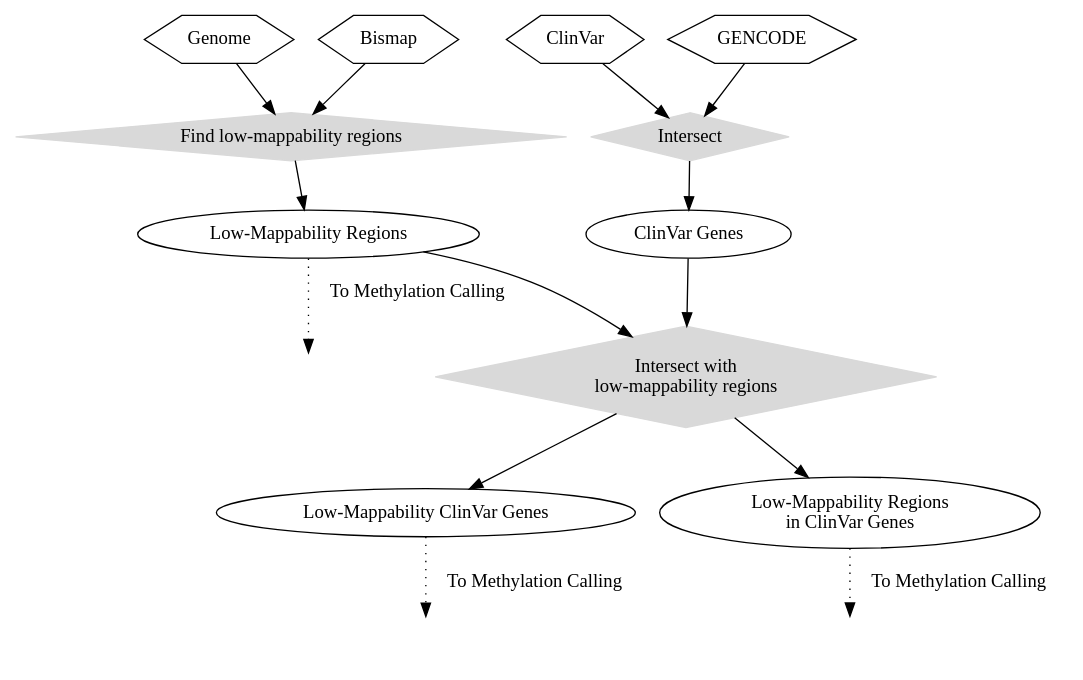
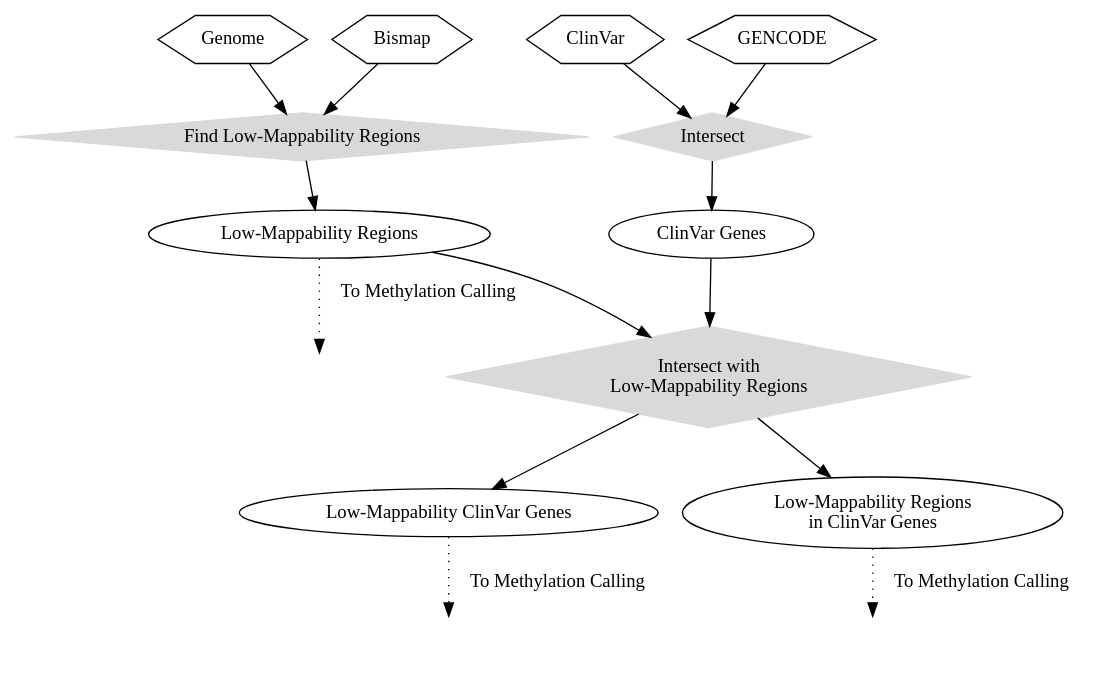
One commit to nebiolabs/low_bismap_methyl_calls changed the diagram in procfig_1.dot. Above: the diagram before and after it, drawn with Graphviz. The commit also changed 1 other file, not shown here.

Commit message:
Updated node label case.

```diff
--- a/procfig_1.dot
+++ b/procfig_1.dot
@@ -1,52 +1,52 @@
 digraph workflow {
 
 
 	"Genome" [shape=hexagon];
 
 	"ClinVar" [shape=hexagon];
 
 	"GENCODE" [shape=hexagon];
 
 	"Bismap" [shape=hexagon];
 
 	"Intersect_1" [shape=diamond,  color=gray85, style=filled, label="Intersect"];
 
 	"ClinVar" -> "Intersect_1";
 
 	"GENCODE" -> "Intersect_1";
 
 	"Intersect_1" -> "ClinVar Genes";
 
-	"Intersect_3" [shape=diamond,  color=gray85, style=filled, label="Find low-mappability regions"];
+	"Intersect_3" [shape=diamond,  color=gray85, style=filled, label="Find Low-Mappability Regions"];
 
 	"Bismap" -> "Intersect_3";
 
 	"Genome" -> "Intersect_3";
 
 	"Intersect_3" -> "Low-Mappability Regions";
 
-	"Intersect_2" [shape=diamond,  color=gray85, style=filled, label="Intersect with\nlow-mappability regions"];
+	"Intersect_2" [shape=diamond,  color=gray85, style=filled, label="Intersect with\nLow-Mappability Regions"];
 
 	"ClinVar Genes" -> "Intersect_2";
 
 	"Low-Mappability Regions" -> "Intersect_2";
 
 	"Intersect_2" -> "Low-Mappability ClinVar Genes";
 
 	"Intersect_2" -> "Low-Mappability Regions \nin ClinVar Genes";
 
 	"Low-Mappability Regions" -> "BAM_PROC_1" [label="To Methylation Calling", style=dotted];
 
 	"Low-Mappability ClinVar Genes" -> "BAM_PROC_2" [label="To Methylation Calling", style=dotted];
 
 	"Low-Mappability Regions \nin ClinVar Genes" -> "BAM_PROC_3" [label="To Methylation Calling", style=dotted];
 
 	"BAM_PROC_1" [style=invis];
 
 	"BAM_PROC_2" [style=invis];
 
 	"BAM_PROC_3" [style=invis];
 
 
 	
  }
```
